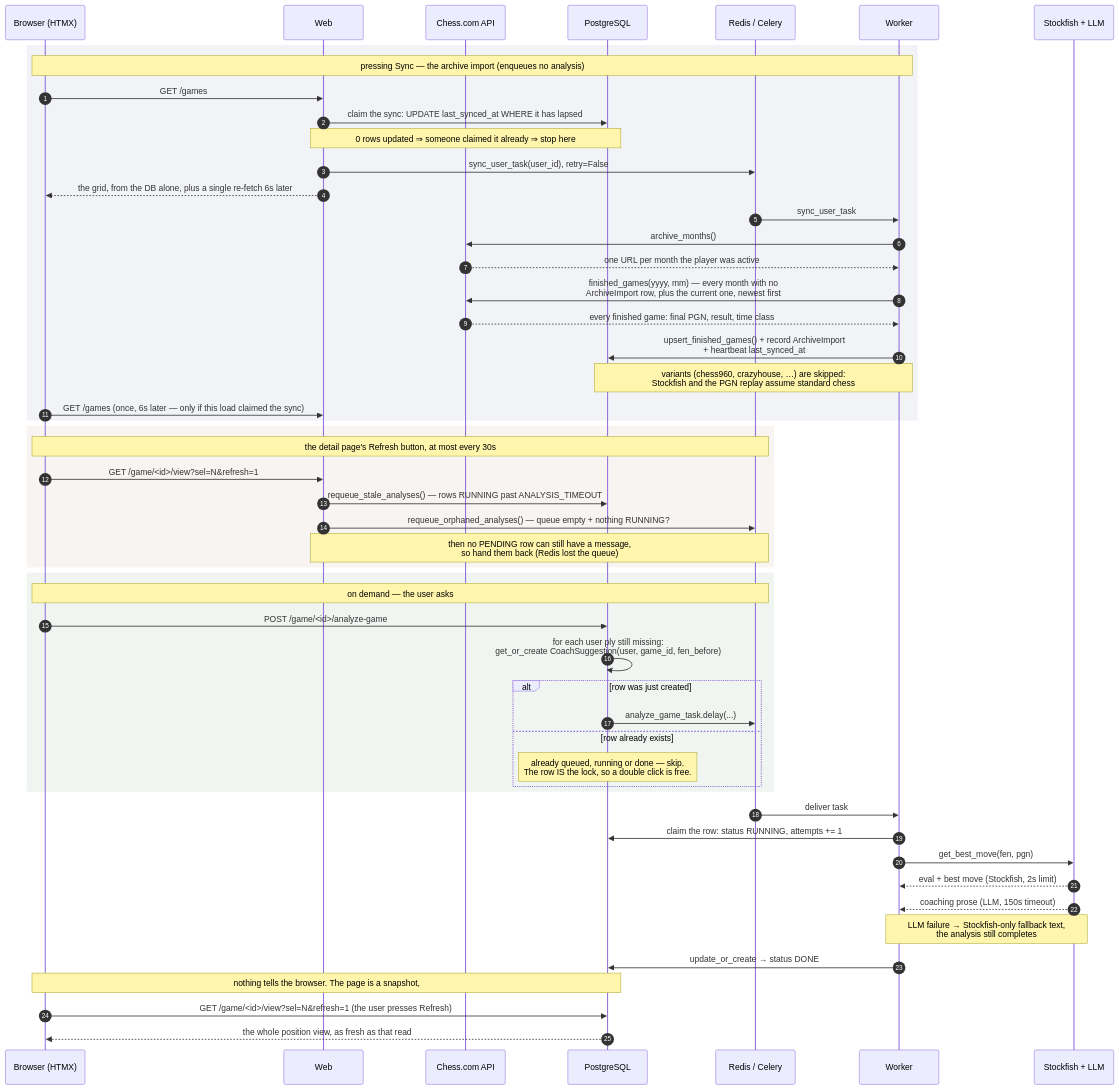
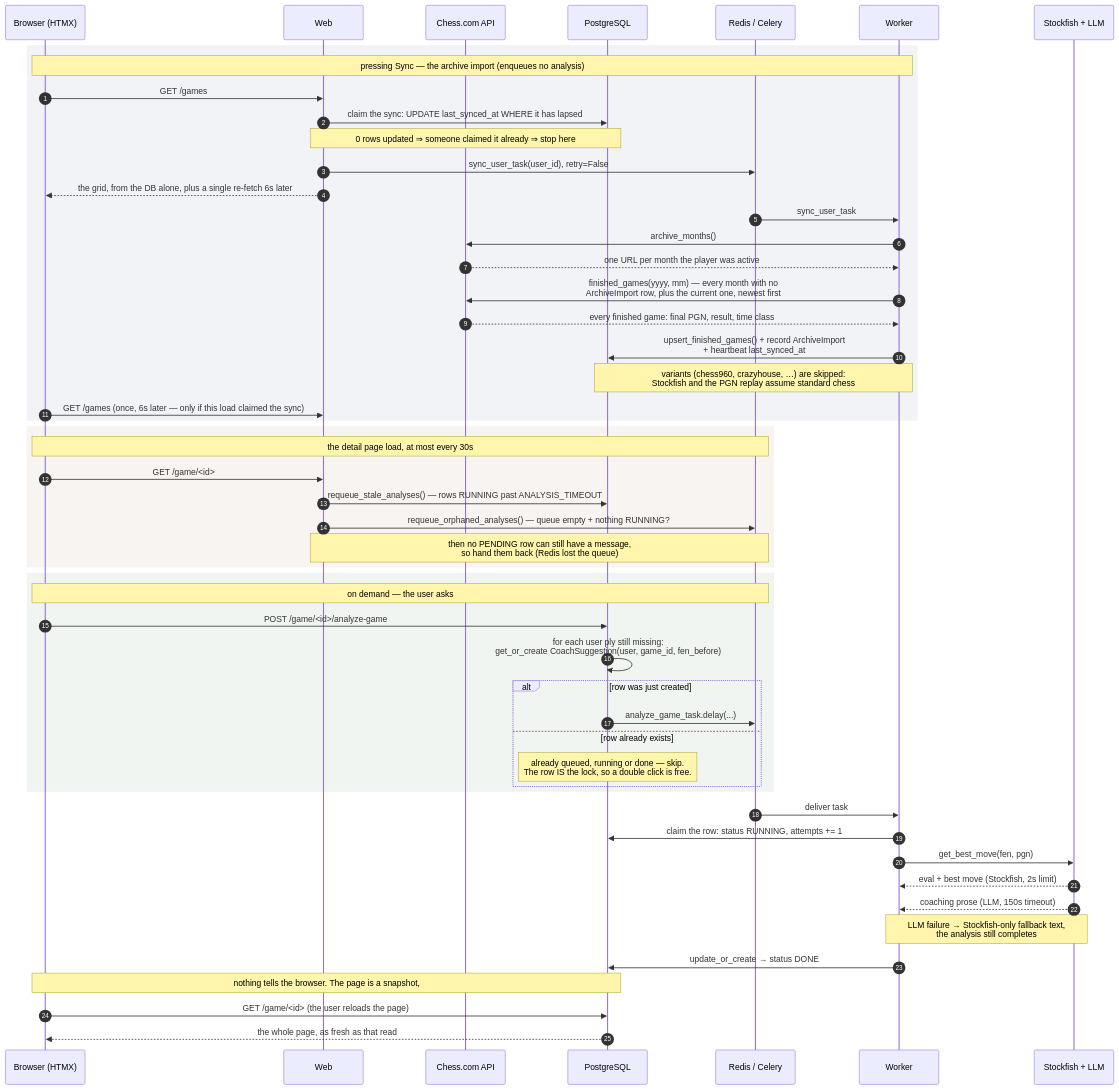
Before and after one commit to gab-25/chessdotcom_ai_coach: the second of 2 diagrams in docs/architecture.md, drawn with Mermaid. The commit also changed other lines of this file and 15 other files, not shown here.

Commit message:
Remove the Refresh button from the game detail page (#51)

````diff
--- a/docs/architecture.md
+++ b/docs/architecture.md
@@ -98,59 +98,59 @@
 ```mermaid
 sequenceDiagram
     autonumber
     participant B as Browser (HTMX)
     participant Web as Web
     participant C as Chess.com API
     participant DB as PostgreSQL
     participant Q as Redis / Celery
     participant W as Worker
     participant E as Stockfish + LLM
 
     rect rgba(120,140,180,0.10)
     Note over B,W: pressing Sync — the archive import (enqueues no analysis)
     B->>Web: GET /games
     Web->>DB: claim the sync: UPDATE last_synced_at WHERE it has lapsed
     Note over Web,DB: 0 rows updated ⇒ someone claimed it already ⇒ stop here
     Web->>Q: sync_user_task(user_id), retry=False
     Web-->>B: the grid, from the DB alone, plus a single re-fetch 6s later
     Q->>W: sync_user_task
     W->>C: archive_months()
     C-->>W: one URL per month the player was active
     W->>C: finished_games(yyyy, mm) — every month with no<br/>ArchiveImport row, plus the current one, newest first
     C-->>W: every finished game: final PGN, result, time class
     W->>DB: upsert_finished_games() + record ArchiveImport<br/>+ heartbeat last_synced_at
     Note over W,DB: variants (chess960, crazyhouse, …) are skipped:<br/>Stockfish and the PGN replay assume standard chess
     B->>Web: GET /games (once, 6s later — only if this load claimed the sync)
     end
 
     rect rgba(180,150,120,0.10)
-    Note over B,Q: the detail page's Refresh button, at most every 30s
-    B->>Web: GET /game/<id>/view?sel=N&refresh=1
+    Note over B,Q: the detail page load, at most every 30s
+    B->>Web: GET /game/<id>
     Web->>DB: requeue_stale_analyses() — rows RUNNING past ANALYSIS_TIMEOUT
     Web->>Q: requeue_orphaned_analyses() — queue empty + nothing RUNNING?
     Note over Web,Q: then no PENDING row can still have a message,<br/>so hand them back (Redis lost the queue)
     end
 
     rect rgba(120,160,120,0.10)
     Note over B,Q: on demand — the user asks
     B->>DB: POST /game/<id>/analyze-game
     DB->>DB: for each user ply still missing:<br/>get_or_create CoachSuggestion(user, game_id, fen_before)
     alt row was just created
         DB->>Q: analyze_game_task.delay(...)
     else row already exists
         Note over DB: already queued, running or done — skip.<br/>The row IS the lock, so a double click is free.
     end
     end
 
     Q->>W: deliver task
     W->>DB: claim the row: status RUNNING, attempts += 1
     W->>E: get_best_move(fen, pgn)
     E-->>W: eval + best move (Stockfish, 2s limit)
     E-->>W: coaching prose (LLM, 150s timeout)
     Note over W,E: LLM failure → Stockfish-only fallback text,<br/>the analysis still completes
     W->>DB: update_or_create → status DONE
 
     Note over B,DB: nothing tells the browser. The page is a snapshot,
-    B->>DB: GET /game/<id>/view?sel=N&refresh=1 (the user presses Refresh)
-    DB-->>B: the whole position view, as fresh as that read
+    B->>DB: GET /game/<id> (the user reloads the page)
+    DB-->>B: the whole page, as fresh as that read
 ```
````
